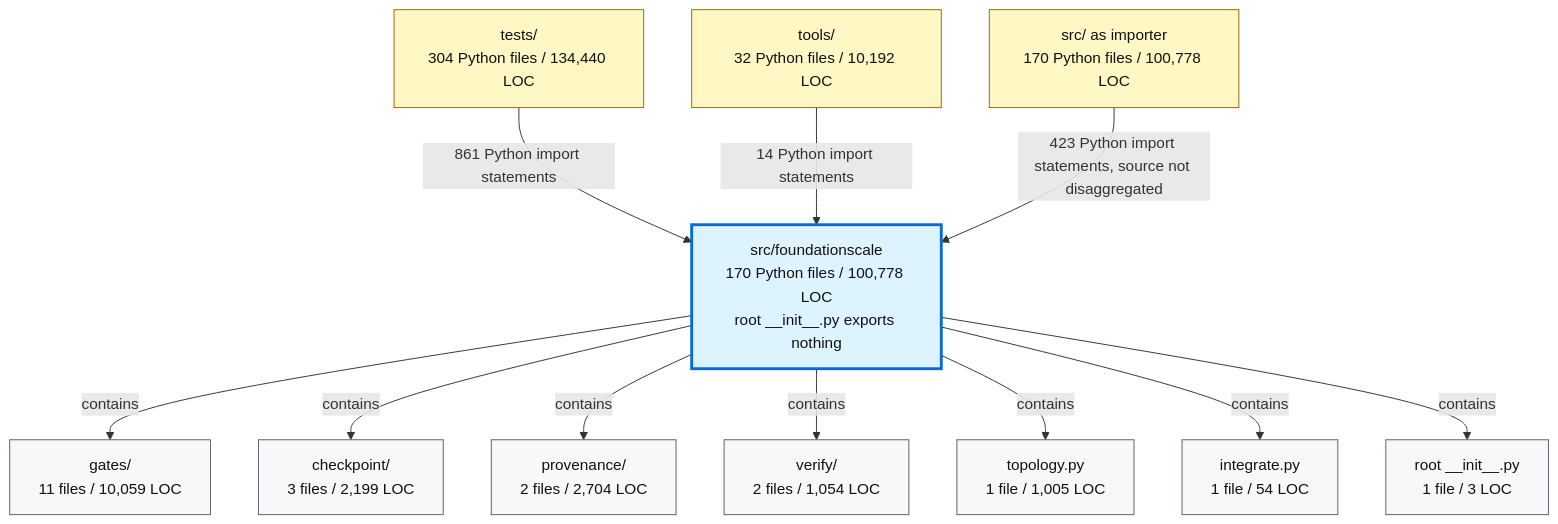
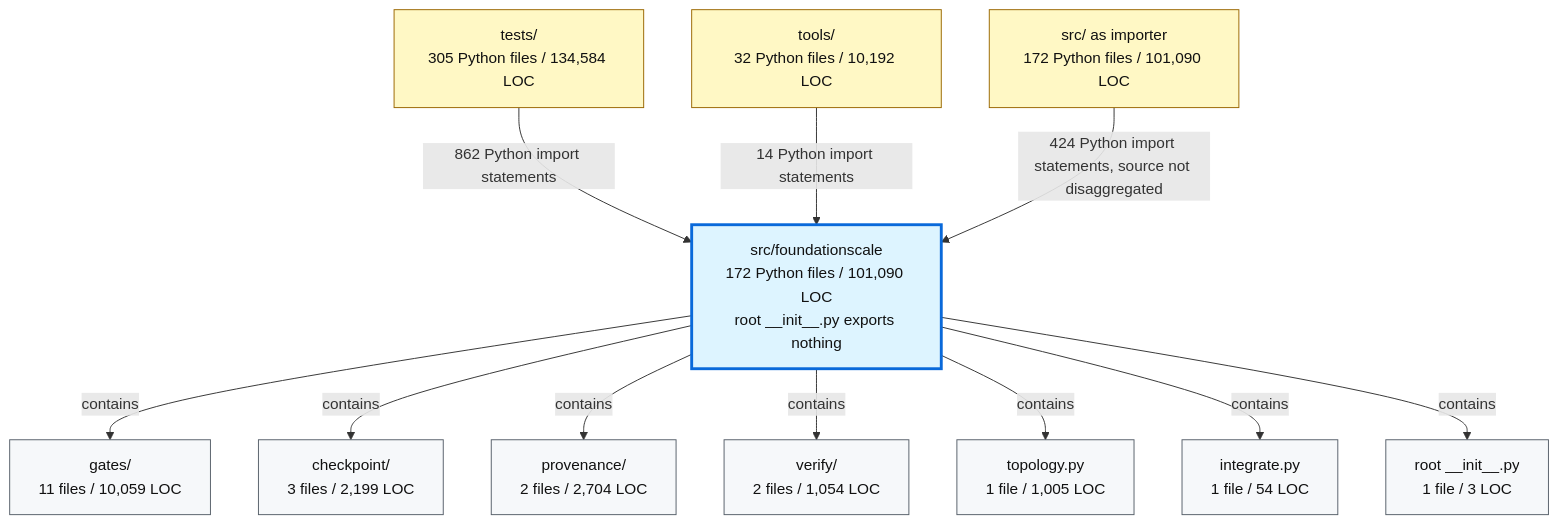
One commit to TranNhiem/FoundationScale changed the second of 2 diagrams in docs/review/D2_current_architecture.md. Above: the diagram before and after it, drawn with Mermaid. The commit also changed other lines of this file and 10 other files, not shown here.

````diff
--- a/docs/review/D2_current_architecture.md
+++ b/docs/review/D2_current_architecture.md
@@ -97,36 +97,36 @@
 ```mermaid
 flowchart TB
-  TESTS["tests/<br/>304 Python files / 134,440 LOC"]
+  TESTS["tests/<br/>305 Python files / 134,584 LOC"]
   TOOLS["tools/<br/>32 Python files / 10,192 LOC"]
-  SRC["src/ as importer<br/>170 Python files / 100,778 LOC"]
+  SRC["src/ as importer<br/>172 Python files / 101,090 LOC"]
 
-  FS["src/foundationscale<br/>170 Python files / 100,778 LOC<br/>root __init__.py exports nothing"]
+  FS["src/foundationscale<br/>172 Python files / 101,090 LOC<br/>root __init__.py exports nothing"]
 
   GATES["gates/<br/>11 files / 10,059 LOC"]
   CKPT["checkpoint/<br/>3 files / 2,199 LOC"]
   PROV["provenance/<br/>2 files / 2,704 LOC"]
   VERIFY["verify/<br/>2 files / 1,054 LOC"]
   TOPO["topology.py<br/>1 file / 1,005 LOC"]
   INTEG["integrate.py<br/>1 file / 54 LOC"]
   ROOT["root __init__.py<br/>1 file / 3 LOC"]
 
-  TESTS -->|"861 Python import statements"| FS
+  TESTS -->|"862 Python import statements"| FS
   TOOLS -->|"14 Python import statements"| FS
-  SRC -->|"423 Python import statements, source not disaggregated"| FS
+  SRC -->|"424 Python import statements, source not disaggregated"| FS
 
   FS -->|"contains"| GATES
   FS -->|"contains"| CKPT
   FS -->|"contains"| PROV
   FS -->|"contains"| VERIFY
   FS -->|"contains"| TOPO
   FS -->|"contains"| INTEG
   FS -->|"contains"| ROOT
 
   classDef consumer fill:#fff8c5,stroke:#9a6700,color:#111;
   classDef package fill:#ddf4ff,stroke:#0969da,stroke-width:3px,color:#111;
   classDef module fill:#f6f8fa,stroke:#57606a,color:#111;
 
   class TESTS,TOOLS,SRC consumer;
   class FS package;
   class GATES,CKPT,PROV,VERIFY,TOPO,INTEG,ROOT module;
 ```
````
